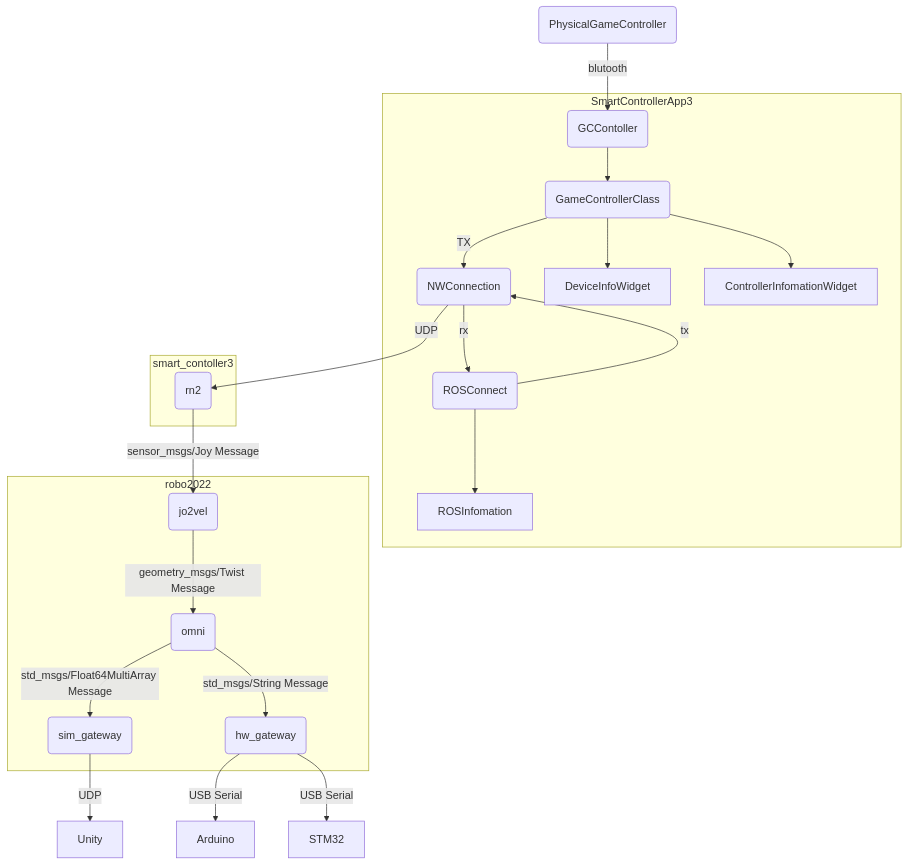
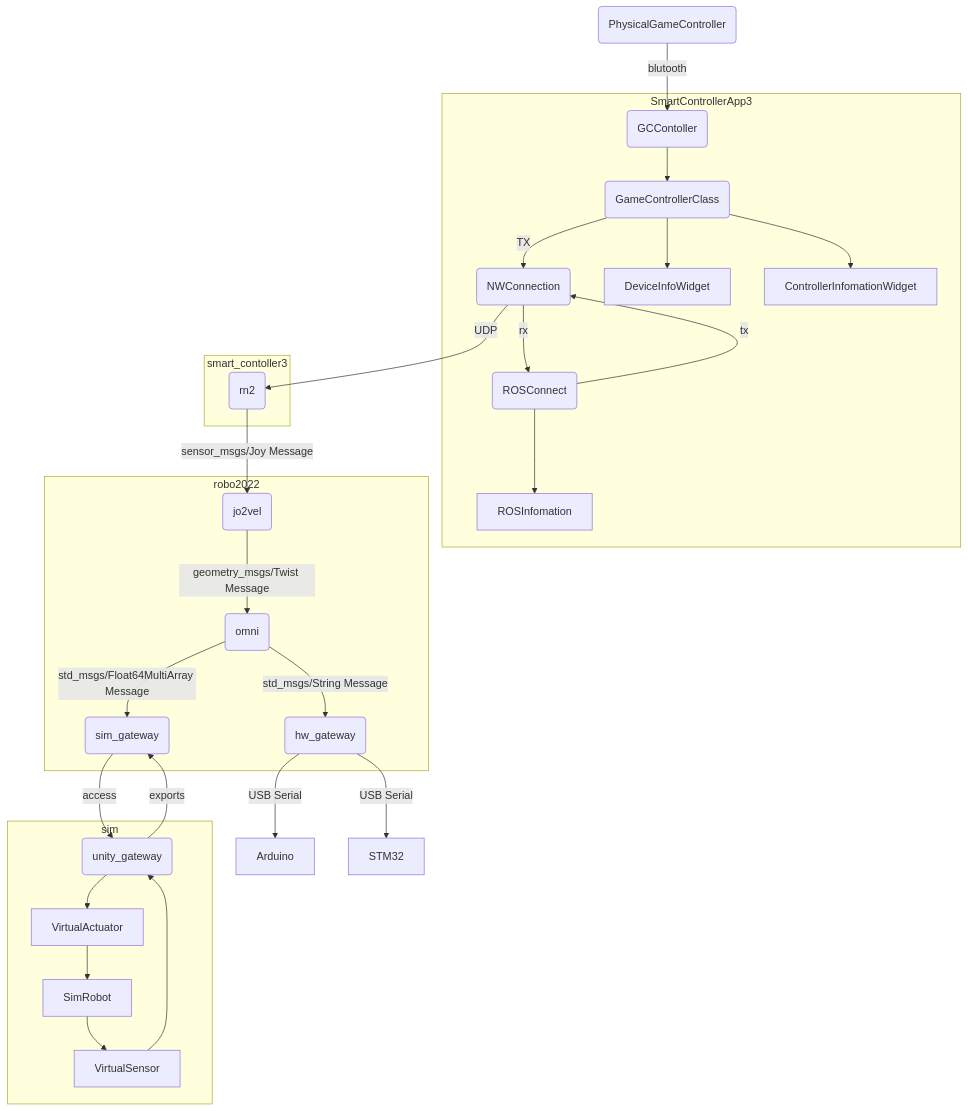
The diagram in README.md (TakanoTaiga/Robo2022), drawn with Mermaid before and after one commit. The commit also changed other lines of this file, not shown here.

````diff
--- a/README.md
+++ b/README.md
@@ -31,29 +34,40 @@
 ```mermaid
 flowchart TD
 
 id1(PhysicalGameController) -- blutooth --> id2(GCContoller)
 subgraph SmartControllerApp3
 id2 --> id3(GameControllerClass)
 id3 -- TX --> id4(NWConnection)
 id3 --> DeviceInfoWidget
 id3 --> ControllerInfomationWidget
 id5(ROSConnect) -- tx --> id4
 id4 -- rx --> id5
 id5 --> ROSInfomation
 end
 
 subgraph smart_contoller3
 id4 -- UDP --> id6(rn2)
 end
 
 subgraph robo2022
 id6 -- sensor_msgs/Joy Message --> id7(jo2vel)
 id7 -- geometry_msgs/Twist Message --> id8(omni)
 id8 -- std_msgs/Float64MultiArray Message --> id9(sim_gateway)
 id8 -- std_msgs/String Message --> id10(hw_gateway)
+
 end
-id9 -- UDP --> Unity
+subgraph sim
+id9 -- access --> id11(unity_gateway)
+id11 -- exports --> id9
+id11 --> VirtualActuator
+VirtualSensor --> id11
+
+SimRobot --> VirtualSensor
+VirtualActuator --> SimRobot
+
+end
 id10 -- USB Serial --> Arduino
 id10 -- USB Serial --> STM32
 
+
 ```
````
